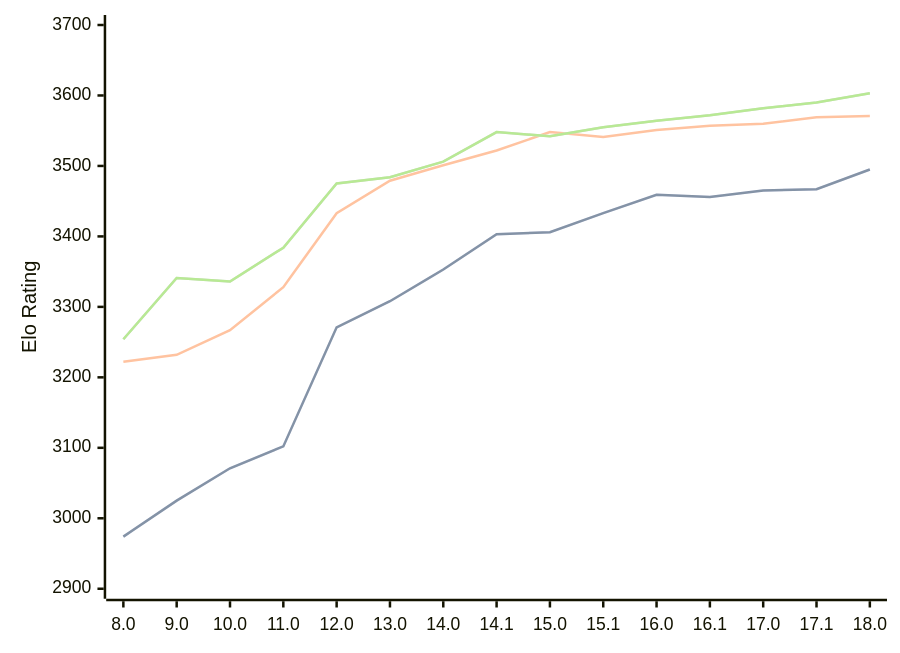
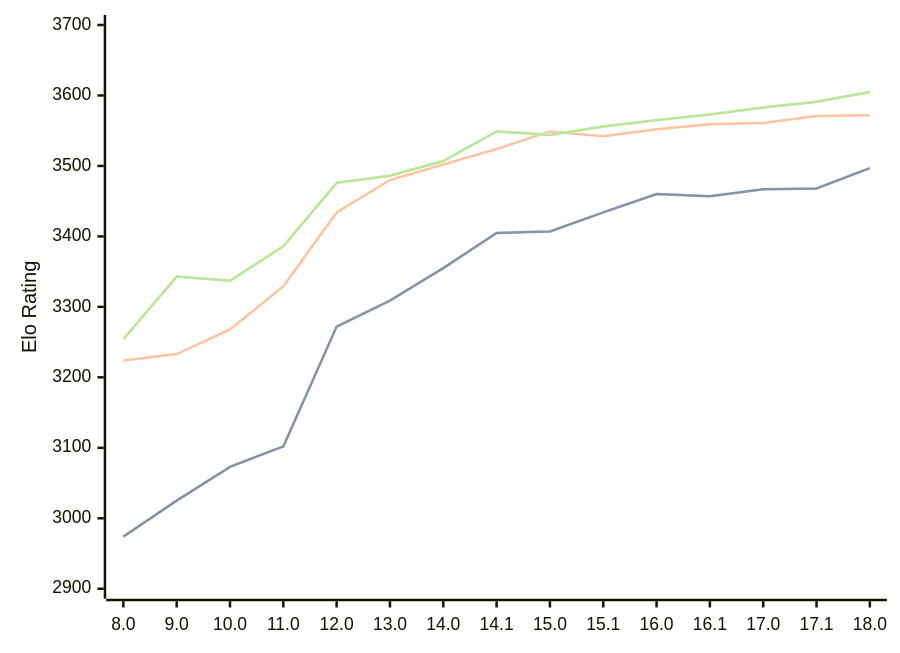
The first of 3 diagrams in engines/Stockfish.md (computer-chess-index/cci), drawn with Mermaid before and after one commit. The commit also changed other lines of this file, not shown here.

Commit message:
Update CCI Ratings (ELO VLTC) - 2026-06-23

````diff
--- a/engines/Stockfish.md
+++ b/engines/Stockfish.md
@@ -46,11 +46,11 @@
 ```mermaid
 %%{init: {"theme":"base","themeVariables":{"seriesColors:['#a3a3a3','#222221','#faa371']}}}%%
 xychart-beta
   x-axis ["8.0", "9.0", "10.0", "11.0", "12.0", "13.0", "14.0", "14.1", "15.0", "15.1", "16.0", "16.1", "17.0", "17.1", "18.0"]
   y-axis "Elo Rating" 2900 --> 3700
-  line "STC (8.0+0.08s)" [2974, 3025, 3071, 3102, 3271, 3308, 3353, 3403, 3406, 3433, 3459, 3456, 3465, 3467, 3495]
-  line "STC (8.0+0.08s)" [2974, 3025, 3071, 3102, 3271, 3308, 3353, 3403, 3406, 3433, 3459, 3456, 3465, 3467, 3495]
-  line "LTC (60.0+0.60s)" [3222, 3232, 3267, 3328, 3433, 3479, 3501, 3522, 3548, 3541, 3551, 3557, 3560, 3569, 3571]
-  line "VLTC (2m24s+1.12s)" [3254, 3341, 3336, 3384, 3475, 3484, 3506, 3548, 3542, 3555, 3564, 3572, 3582, 3590, 3603]
-  line "VLTC (2m24s+1.12s)" [3254, 3341, 3336, 3384, 3475, 3484, 3506, 3548, 3542, 3555, 3564, 3572, 3582, 3590, 3603]
+  line "STC (8.0+0.08s)" [2974, 3025, 3073, 3102, 3272, 3309, 3355, 3405, 3407, 3434, 3460, 3457, 3467, 3468, 3497]
+  line "STC (8.0+0.08s)" [2974, 3025, 3073, 3102, 3272, 3309, 3355, 3405, 3407, 3434, 3460, 3457, 3467, 3468, 3497]
+  line "LTC (60.0+0.60s)" [3224, 3233, 3268, 3329, 3434, 3480, 3502, 3524, 3549, 3542, 3552, 3559, 3561, 3571, 3572]
+  line "VLTC (2m24s+1.12s)" [3254, 3343, 3337, 3386, 3476, 3486, 3507, 3549, 3544, 3556, 3565, 3573, 3583, 3591, 3605]
+  line "VLTC (2m24s+1.12s)" [3254, 3343, 3337, 3386, 3476, 3486, 3507, 3549, 3544, 3556, 3565, 3573, 3583, 3591, 3605]
 ```
````
